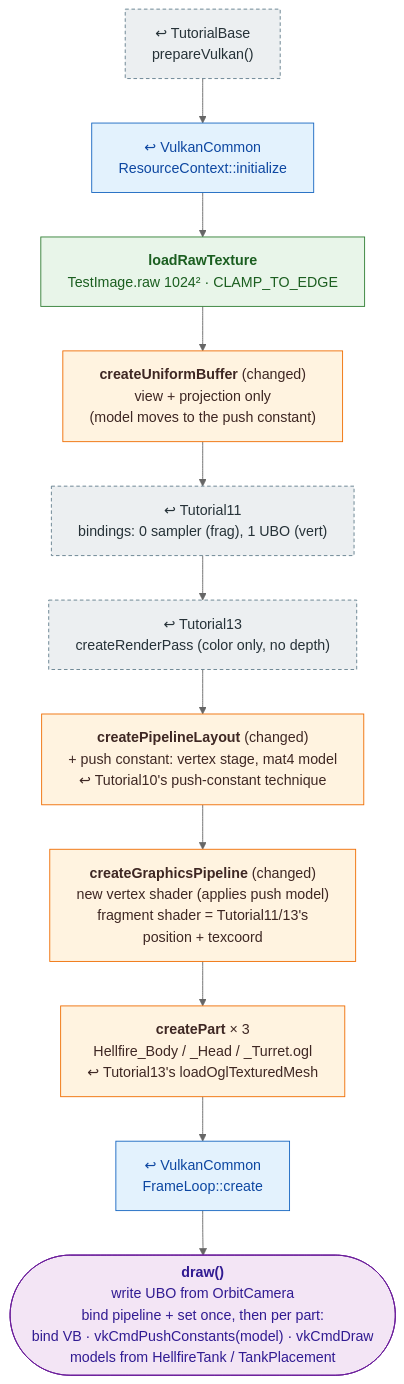
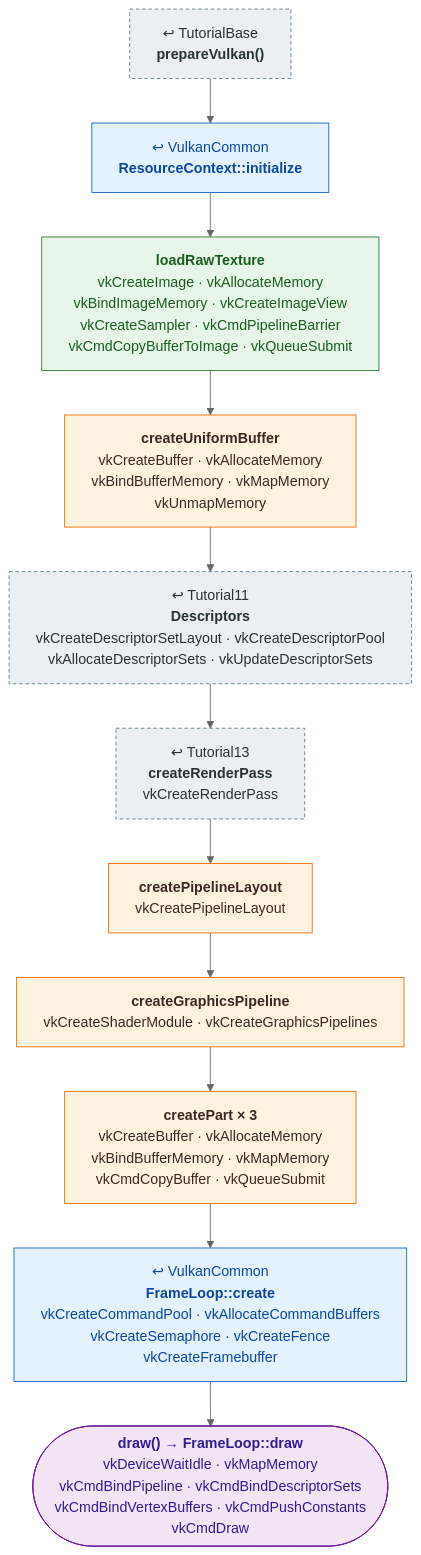
Before and after one commit to mehoggan/vulkan_graphix: the diagram in docs/pipeline/16_tank.md, drawn with Mermaid (neutral theme). The commit also changed other lines of this file and 24 other files, not shown here.

First line of the commit message:
docs: label pipeline boxes with the Vulkan calls each step makes

````diff
--- a/docs/pipeline/16_tank.md
+++ b/docs/pipeline/16_tank.md
@@ -12,23 +12,23 @@
 ```mermaid
 %%{init: {"flowchart": {"wrappingWidth": 400}}}%%
 flowchart TD
     classDef reused fill:#eceff1,stroke:#607d8b,stroke-dasharray:4 3,color:#263238
     classDef changed fill:#fff3e0,stroke:#ef6c00,color:#3e2723
     classDef new fill:#e8f5e9,stroke:#2e7d32,color:#1b5e20
     classDef shared fill:#e3f2fd,stroke:#1565c0,color:#0d47a1
     classDef frame fill:#f3e5f5,stroke:#6a1b9a,color:#311b92
 
-    BASE["↩ TutorialBase<br/>prepareVulkan()"]:::reused
-    RC["↩ VulkanCommon<br/>ResourceContext::initialize"]:::shared
-    TEX["<b>loadRawTexture</b><br/>TestImage.raw 1024² · CLAMP_TO_EDGE"]:::new
-    UBO["<b>createUniformBuffer</b> (changed)<br/>view + projection only<br/>(model moves to the push constant)"]:::changed
-    DESC["↩ Tutorial11<br/>bindings: 0 sampler (frag), 1 UBO (vert)"]:::reused
-    RP["↩ Tutorial13<br/>createRenderPass (color only, no depth)"]:::reused
-    PLL["<b>createPipelineLayout</b> (changed)<br/>+ push constant: vertex stage, mat4 model<br/>↩ Tutorial10's push-constant technique"]:::changed
-    PIPE["<b>createGraphicsPipeline</b> (changed)<br/>new vertex shader (applies push model)<br/>fragment shader = Tutorial11/13's<br/>position + texcoord"]:::changed
-    PARTS["<b>createPart</b> × 3<br/>Hellfire_Body / _Head / _Turret.ogl<br/>↩ Tutorial13's loadOglTexturedMesh"]:::changed
-    FL["↩ VulkanCommon<br/>FrameLoop::create"]:::shared
-    DRAW(["<b>draw()</b><br/>write UBO from OrbitCamera<br/>bind pipeline + set once, then per part:<br/>bind VB · vkCmdPushConstants(model) · vkCmdDraw<br/>models from HellfireTank / TankPlacement"]):::frame
+    BASE["↩ TutorialBase<br/><b>prepareVulkan()</b>"]:::reused
+    RC["↩ VulkanCommon<br/><b>ResourceContext::initialize</b>"]:::shared
+    TEX["<b>loadRawTexture</b><br/>vkCreateImage  ·  vkAllocateMemory<br/>vkBindImageMemory  ·  vkCreateImageView<br/>vkCreateSampler  ·  vkCmdPipelineBarrier<br/>vkCmdCopyBufferToImage  ·  vkQueueSubmit"]:::new
+    UBO["<b>createUniformBuffer</b><br/>vkCreateBuffer  ·  vkAllocateMemory<br/>vkBindBufferMemory  ·  vkMapMemory<br/>vkUnmapMemory"]:::changed
+    DESC["↩ Tutorial11<br/><b>Descriptors</b><br/>vkCreateDescriptorSetLayout  ·  vkCreateDescriptorPool<br/>vkAllocateDescriptorSets  ·  vkUpdateDescriptorSets"]:::reused
+    RP["↩ Tutorial13<br/><b>createRenderPass</b><br/>vkCreateRenderPass"]:::reused
+    PLL["<b>createPipelineLayout</b><br/>vkCreatePipelineLayout"]:::changed
+    PIPE["<b>createGraphicsPipeline</b><br/>vkCreateShaderModule  ·  vkCreateGraphicsPipelines"]:::changed
+    PARTS["<b>createPart × 3</b><br/>vkCreateBuffer  ·  vkAllocateMemory<br/>vkBindBufferMemory  ·  vkMapMemory<br/>vkCmdCopyBuffer  ·  vkQueueSubmit"]:::changed
+    FL["↩ VulkanCommon<br/><b>FrameLoop::create</b><br/>vkCreateCommandPool  ·  vkAllocateCommandBuffers<br/>vkCreateSemaphore  ·  vkCreateFence<br/>vkCreateFramebuffer"]:::shared
+    DRAW(["<b>draw() → FrameLoop::draw</b><br/>vkDeviceWaitIdle  ·  vkMapMemory<br/>vkCmdBindPipeline  ·  vkCmdBindDescriptorSets<br/>vkCmdBindVertexBuffers  ·  vkCmdPushConstants<br/>vkCmdDraw"]):::frame
 
     BASE --> RC --> TEX --> UBO --> DESC --> RP --> PLL --> PIPE --> PARTS --> FL --> DRAW
 ```
````
